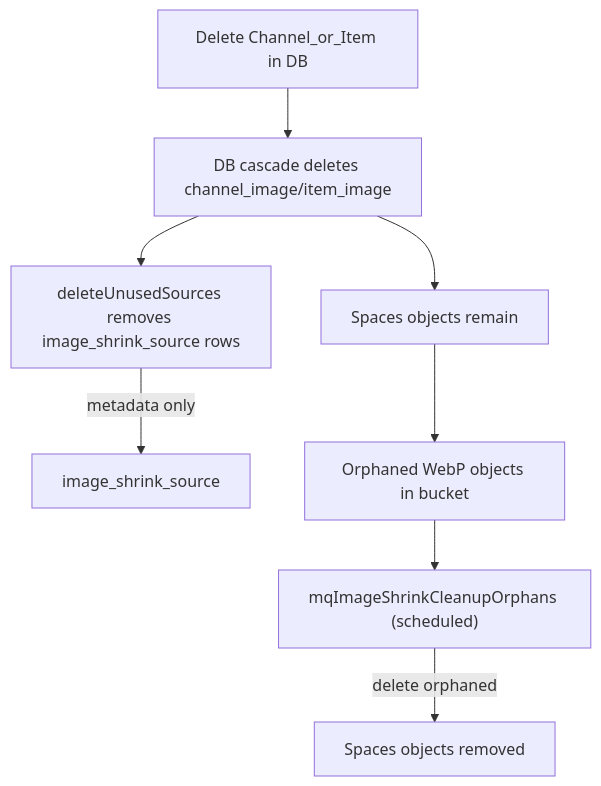
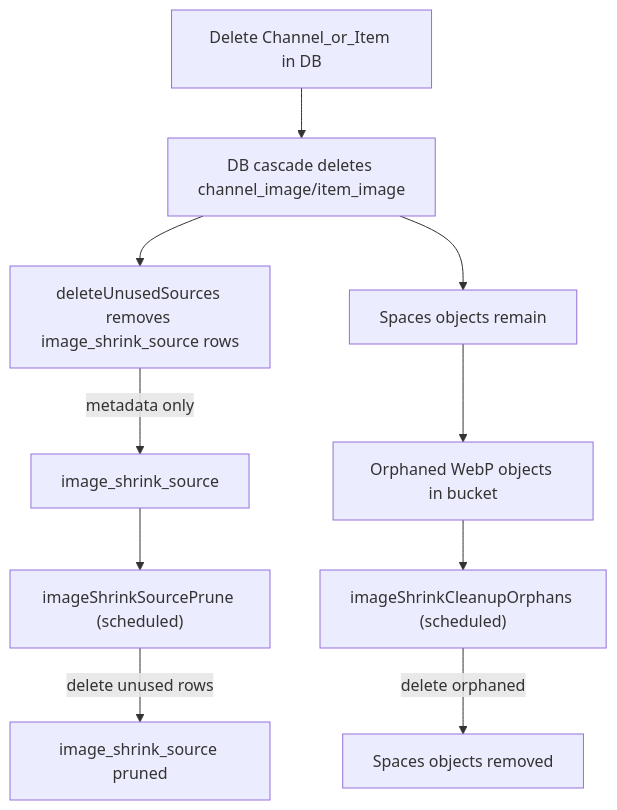
One commit to podverse/podverse changed the diagram in docs/image-shrinking/ARCHITECTURE/03-DELETION-ORPHANS.md. Above: the diagram before and after it, drawn with Mermaid. The commit also changed other lines of this file and 29 other files, not shown here.

First line of the commit message:
refactor: standardize image shrink command names and enhance documentation

````diff
--- a/docs/image-shrinking/ARCHITECTURE/03-DELETION-ORPHANS.md
+++ b/docs/image-shrinking/ARCHITECTURE/03-DELETION-ORPHANS.md
@@ -42,11 +45,13 @@
 ```mermaid
 flowchart TD
   deleteAction[Delete Channel_or_Item in DB] --> cascade[DB cascade deletes channel_image/item_image]
   cascade --> sourcePrune[deleteUnusedSources removes image_shrink_source rows]
   sourcePrune -->|metadata only| sourceTable[image_shrink_source]
 
   cascade --> storageNote["Spaces objects remain"]
   storageNote --> orphaned["Orphaned WebP objects in bucket"]
-  orphaned --> cleanupJob["mqImageShrinkCleanupOrphans (scheduled)"]
+  orphaned --> cleanupJob["imageShrinkCleanupOrphans (scheduled)"]
   cleanupJob -->|delete orphaned| storageClean["Spaces objects removed"]
+  sourceTable --> pruneJob["imageShrinkSourcePrune (scheduled)"]
+  pruneJob -->|delete unused rows| sourcePruned["image_shrink_source pruned"]
 ```
````
